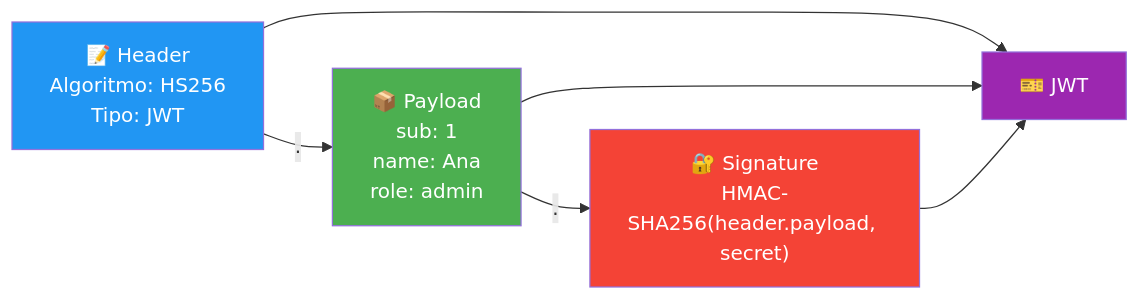
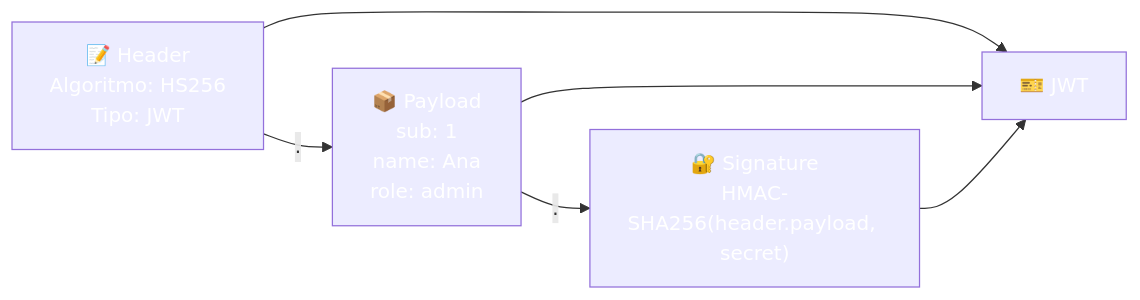
The second of 7 diagrams in 24-seguridad.md (joseluisgs/DesarrolloWebEntornosServidor-01-2026-2027), drawn with Mermaid before and after one commit. The commit also changed other lines of this file and 66 other files, not shown here.

First line of the commit message:
fix: normalizar titulos al castellano de frase y corregir la paleta de mermaid

````diff
--- a/24-seguridad.md
+++ b/24-seguridad.md
@@ -163,13 +163,13 @@
 ```mermaid
 graph LR
     H["📝 Header<br/>Algoritmo: HS256<br/>Tipo: JWT"] -->|"."| P["📦 Payload<br/>sub: 1<br/>name: Ana<br/>role: admin"]
     P -->|"."| S["🔐 Signature<br/>HMAC-SHA256(header.payload, secret)"]
     H --> J["🎫 JWT"]
     P --> J
     S --> J
 
-    style H fill:#2196F3,color:#fff
-    style P fill:#4CAF50,color:#fff
-    style S fill:#f44336,color:#fff
-    style J fill:#9C27B0,color:#fff
+    style H fill:#2196F,color:#fff3,color:#fff
+    style P fill:#4CAF5,color:#fff0,color:#fff
+    style S fill:#f4433,color:#fff6,color:#fff
+    style J fill:#9C27B,color:#fff0,color:#fff
 ```
````
